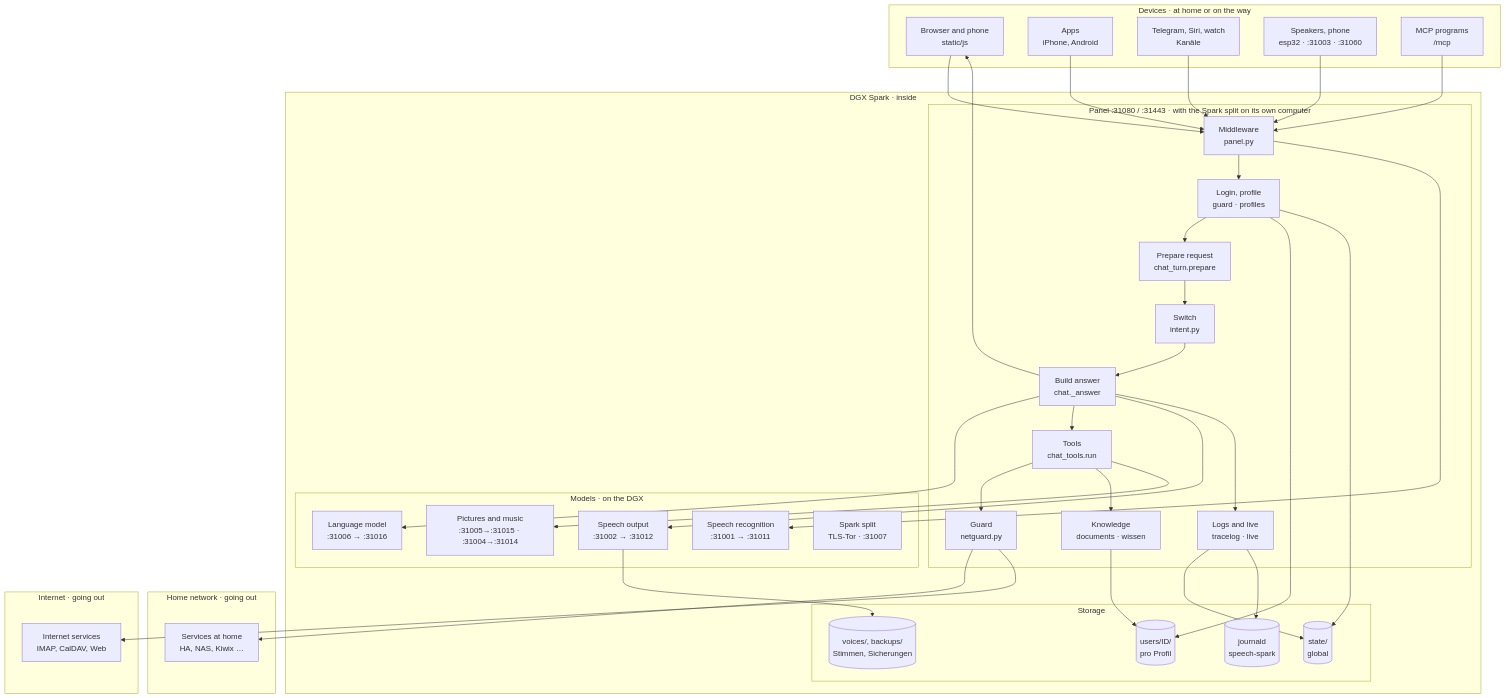
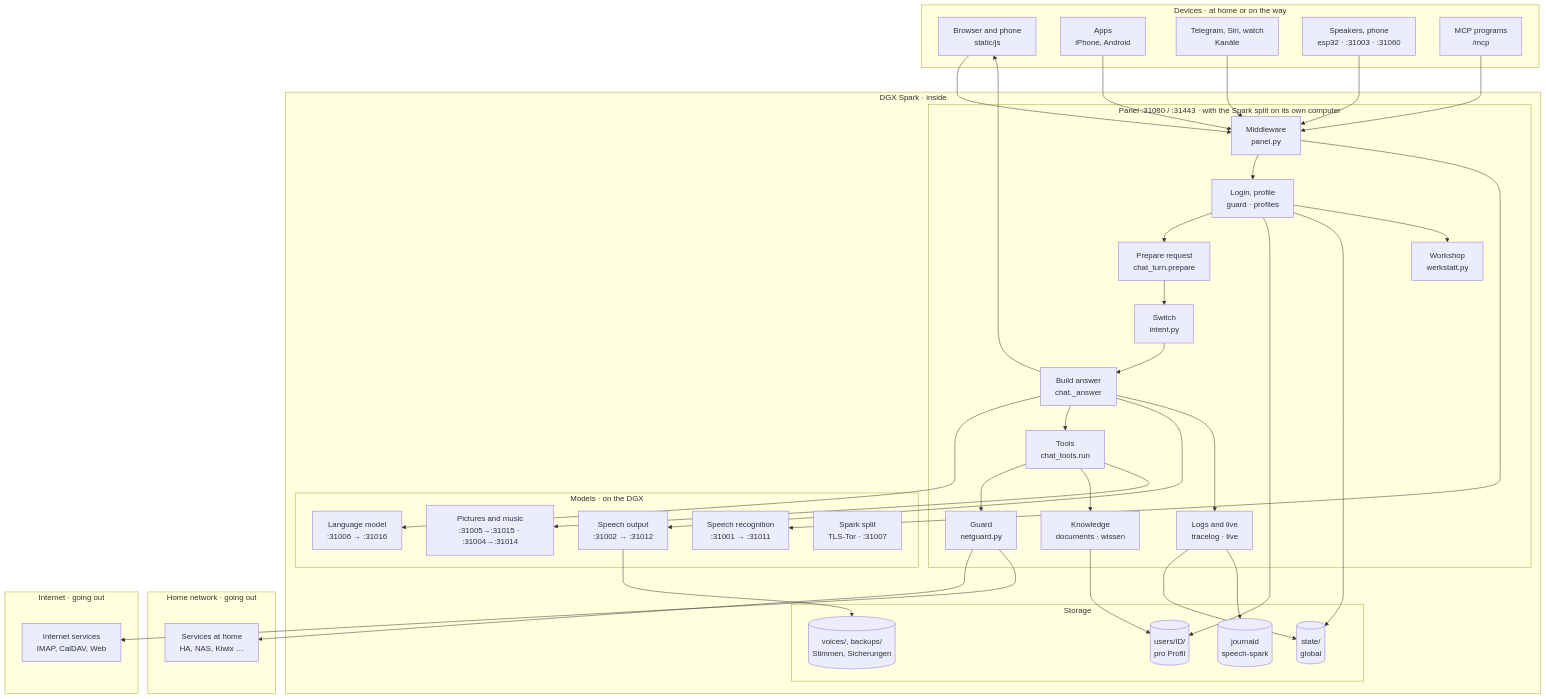
The first of 27 diagrams in docs/en/architecture.md (db9979/speech-on-dgx-spark), drawn with Mermaid before and after one commit. The commit also changed other lines of this file and 14 other files, not shown here.

````diff
--- a/docs/en/architecture.md
+++ b/docs/en/architecture.md
@@ -16,68 +16,70 @@
 ```mermaid
 flowchart TB
   subgraph z_geraete["Devices · at home or on the way"]
     geraet["Browser and phone<br/>static/js"]
     apps["Apps<br/>iPhone, Android"]
     kanaele["Telegram, Siri, watch<br/>Kanäle"]
     lautsprecher["Speakers, phone<br/>esp32 · :31003 · :31060"]
     mcpc["MCP programs<br/>/mcp"]
   end
   subgraph z_spark["DGX Spark · inside"]
     subgraph z_panel["Panel :31080 / :31443 · with the Spark split on its own computer"]
       middleware["Middleware<br/>panel.py"]
       zugang["Login, profile<br/>guard · profiles"]
       vorbereiten["Prepare request<br/>chat_turn.prepare"]
       weiche["Switch<br/>intent.py"]
       antwort["Build answer<br/>chat._answer"]
       werkzeuge["Tools<br/>chat_tools.run"]
       wissen["Knowledge<br/>documents · wissen"]
       waechter["Guard<br/>netguard.py"]
       betrieb["Logs and live<br/>tracelog · live"]
+      werkstatt["Workshop<br/>werkstatt.py"]
     end
     subgraph z_modelle["Models · on the DGX"]
       llm["Language model<br/>:31006 → :31016"]
       asr["Speech recognition<br/>:31001 → :31011"]
       tts["Speech output<br/>:31002 → :31012"]
       bild["Pictures and music<br/>:31005→:31015 · :31004→:31014"]
       teilen["Spark split<br/>TLS-Tor · :31007"]
     end
     subgraph z_speicher["Storage"]
       state[("state/<br/>global")]
       users[("users/ID/<br/>pro Profil")]
       ablage[("voices/, backups/<br/>Stimmen, Sicherungen")]
       journal[("journald<br/>speech-spark")]
     end
   end
   subgraph z_heimnetz["Home network · going out"]
     aussen["Services at home<br/>HA, NAS, Kiwix …"]
   end
   subgraph z_internet["Internet · going out"]
     internet["Internet services<br/>IMAP, CalDAV, Web"]
   end
   geraet --> middleware
   apps --> middleware
   kanaele --> middleware
   lautsprecher --> middleware
   mcpc --> middleware
   middleware --> zugang
   middleware --> asr
   zugang --> vorbereiten
   vorbereiten --> weiche
   weiche --> antwort
   antwort --> llm
   antwort --> werkzeuge
   werkzeuge --> waechter
   waechter --> aussen
   waechter --> internet
   werkzeuge --> wissen
   antwort --> tts
   werkzeuge --> bild
   antwort --> geraet
   antwort --> betrieb
   betrieb --> state
   betrieb --> journal
   wissen --> users
   zugang --> users
   zugang --> state
   tts --> ablage
+  zugang --> werkstatt
 ```
````
